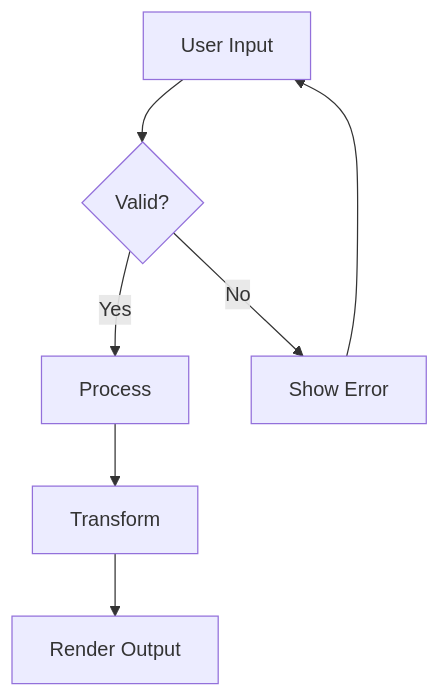
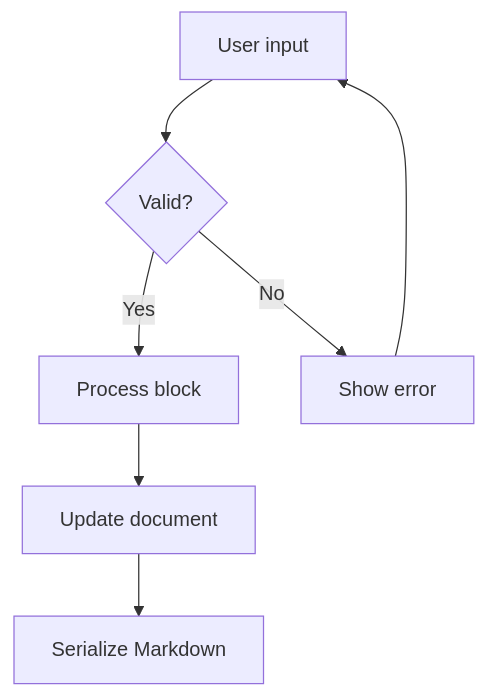
The first of 3 diagrams in apps/demo/shared/content-gfm.md (seijikohara/vizel), drawn with Mermaid before and after one commit. The commit also changed other lines of this file and 12 other files, not shown here.

````diff
--- a/apps/demo/shared/content-gfm.md
+++ b/apps/demo/shared/content-gfm.md
@@ -198,9 +249,9 @@
 ```mermaid
 flowchart TD
-    A[User Input] --> B{Valid?}
-    B -->|Yes| C[Process]
-    B -->|No| D[Show Error]
-    C --> E[Transform]
-    E --> F[Render Output]
+    A[User input] --> B{Valid?}
+    B -->|Yes| C[Process block]
+    B -->|No| D[Show error]
+    C --> E[Update document]
+    E --> F[Serialize Markdown]
     D --> A
 ```
````
